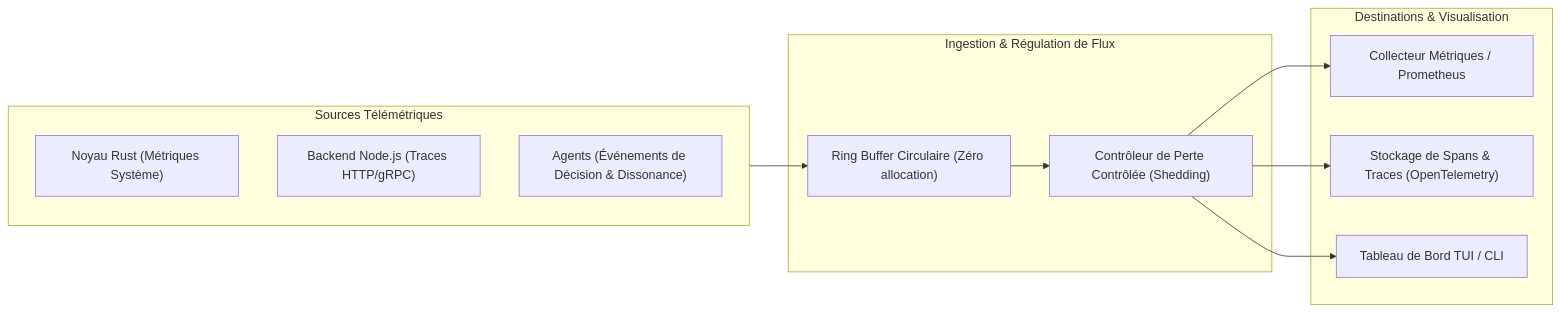
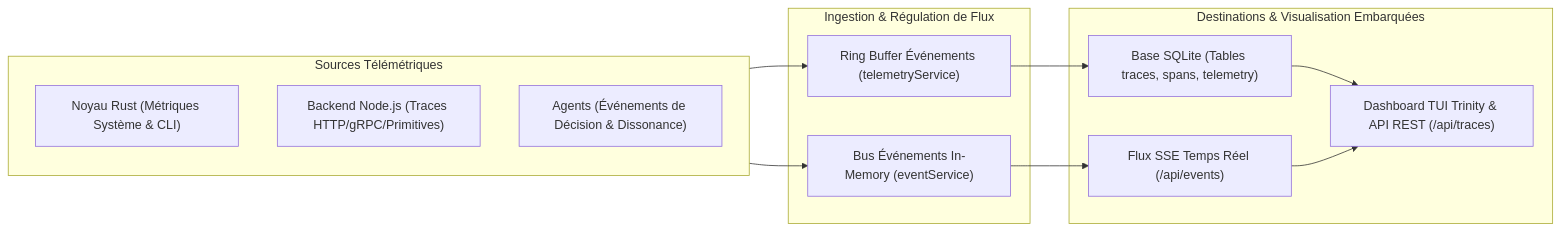
One commit to PISSARAW/GenOS changed the second of 3 diagrams in docs/OBSERVABILITE.md. Above: the diagram before and after it, drawn with Mermaid. The commit also changed other lines of this file and 1 other file, not shown here.

Commit message:
[DOCS] Point 3: Rectification de l observabilite et precision de l indexation vectorielle

````diff
--- a/docs/OBSERVABILITE.md
+++ b/docs/OBSERVABILITE.md
@@ -238,25 +238,26 @@
 ```mermaid
 flowchart LR
     subgraph Sources["Sources Télémétriques"]
-        RustCore["Noyau Rust (Métriques Système)"]
-        NodeBackend["Backend Node.js (Traces HTTP/gRPC)"]
+        RustCore["Noyau Rust (Métriques Système & CLI)"]
+        NodeBackend["Backend Node.js (Traces HTTP/gRPC/Primitives)"]
         Agents["Agents (Événements de Décision & Dissonance)"]
     end
 
     subgraph Ingestion["Ingestion & Régulation de Flux"]
-        RingBuffer["Ring Buffer Circulaire (Zéro allocation)"]
-        DropController["Contrôleur de Perte Contrôlée (Shedding)"]
+        RingBuffer["Ring Buffer Événements (telemetryService)"]
+        EventBus["Bus Événements In-Memory (eventService)"]
     end
 
-    subgraph StorageSinks["Destinations & Visualisation"]
-        Prometheus["Collecteur Métriques / Prometheus"]
-        TraceDB["Stockage de Spans & Traces (OpenTelemetry)"]
-        TUIRender["Tableau de Bord TUI / CLI"]
+    subgraph StorageSinks["Destinations & Visualisation Embarquées"]
+        SQLiteTraces["Base SQLite (Tables traces, spans, telemetry)"]
+        SSEStream["Flux SSE Temps Réel (/api/events)"]
+        TUIRender["Dashboard TUI Trinity & API REST (/api/traces)"]
     end
 
     Sources --> RingBuffer
-    RingBuffer --> DropController
-    DropController --> Prometheus
-    DropController --> TraceDB
-    DropController --> TUIRender
+    Sources --> EventBus
+    RingBuffer --> SQLiteTraces
+    EventBus --> SSEStream
+    SQLiteTraces --> TUIRender
+    SSEStream --> TUIRender
 ```
````
